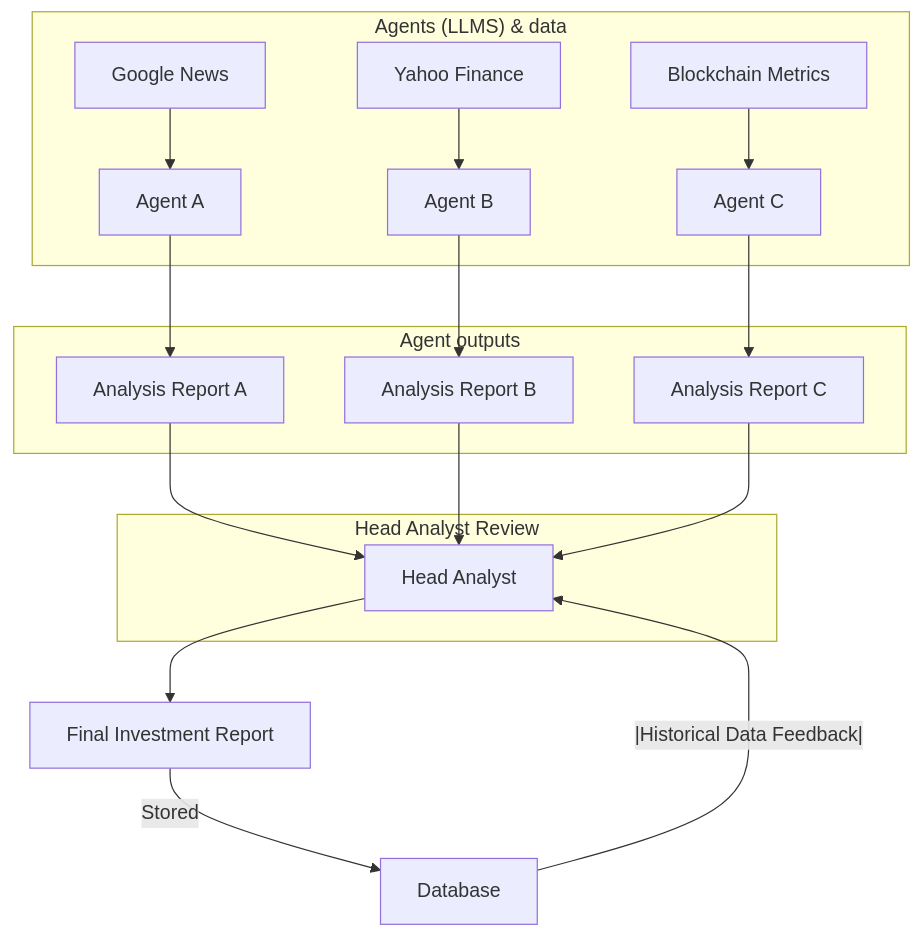
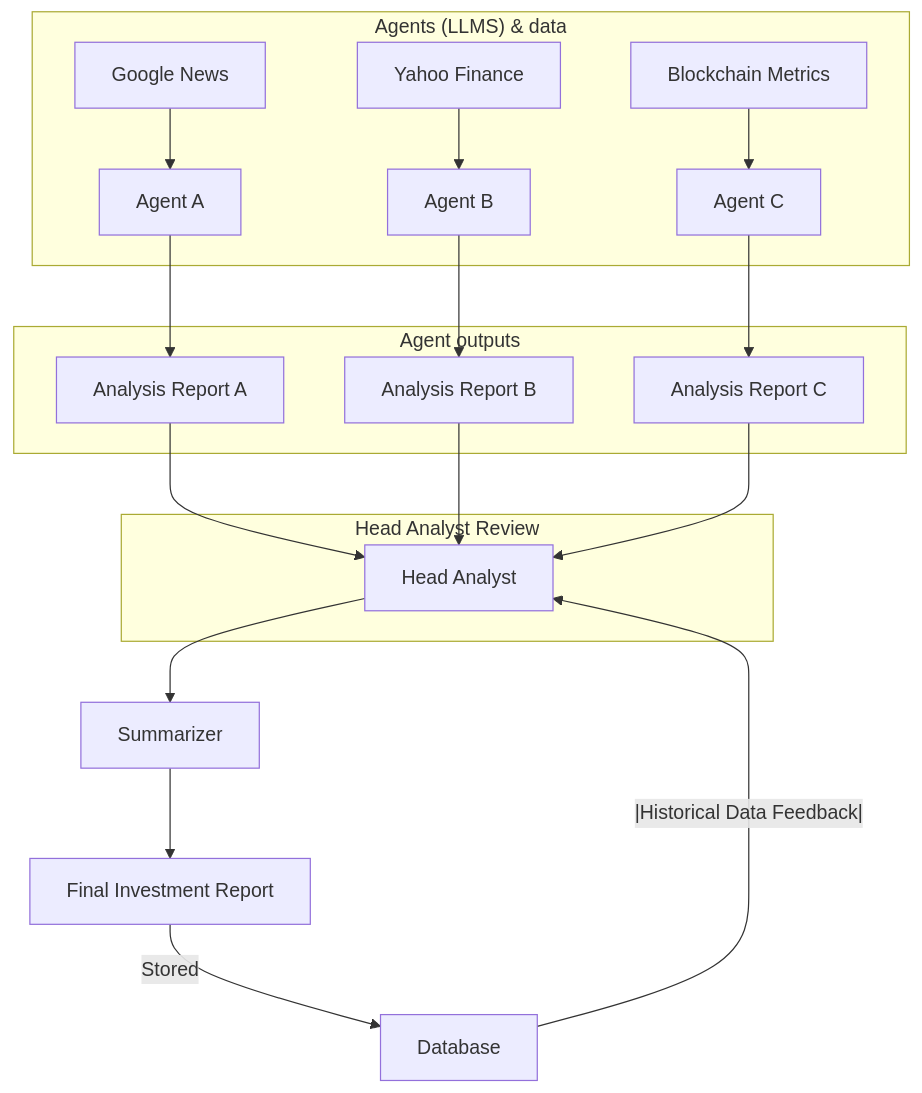
One commit to soerenml/agent changed the diagram in readme.md. Above: the diagram before and after it, drawn with Mermaid.

Commit message:
Uodated graph

````diff
--- a/readme.md
+++ b/readme.md
@@ -8,29 +8,29 @@
 ```mermaid
 graph TD;
 
     %% Data Sources
     subgraph "Agents (LLMS) & data"
         Google_News["Google News"] --> Agent_A["Agent A"]
         YFinance["Yahoo Finance"] --> Agent_B["Agent B"]
         Blockchain_metrics["Blockchain Metrics"] --> Agent_C["Agent C"]
     end
 
     %% Agents create reports
     subgraph "Agent outputs"
         Agent_A --> Report_A["Analysis Report A"]
         Agent_B --> Report_B["Analysis Report B"]
         Agent_C --> Report_C["Analysis Report C"]
     end
 
     %% Decision Making
     subgraph "Head Analyst Review"
         Report_A --> Head_Analyst["Head Analyst"]
         Report_B --> Head_Analyst
         Report_C --> Head_Analyst
     end
 
     %% Final Decision & Storage
-    Head_Analyst --> Final_report["Final Investment Report"]
+    Head_Analyst --> Summarizer --> Final_report["Final Investment Report"]
     Final_report -->|Stored| Database["Database"]
     Database --|Historical Data Feedback|--> Head_Analyst
 ```
````
